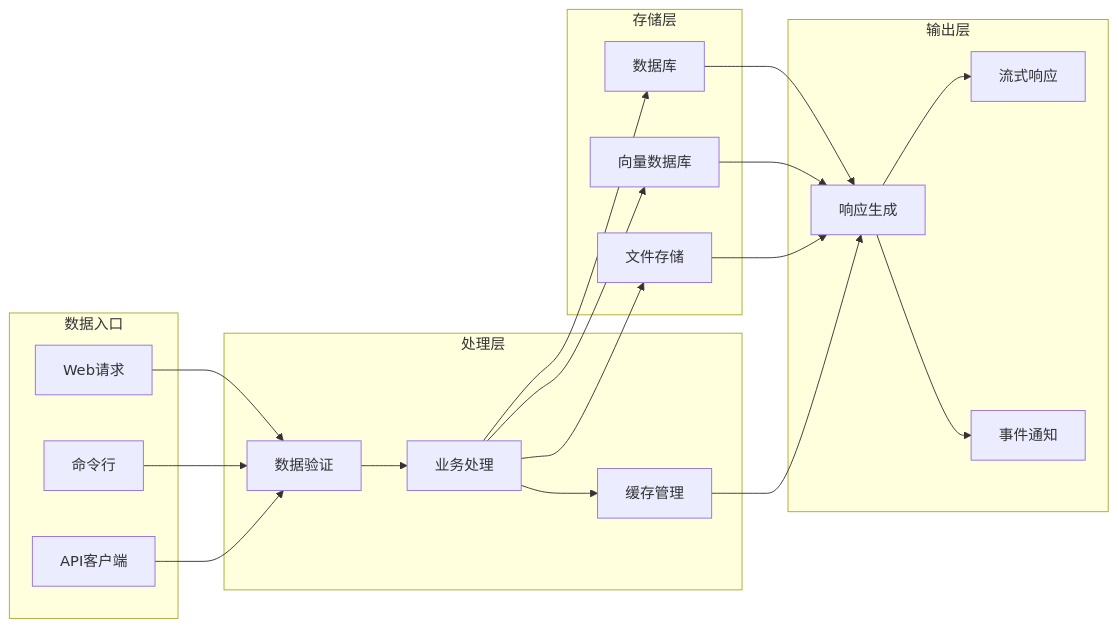
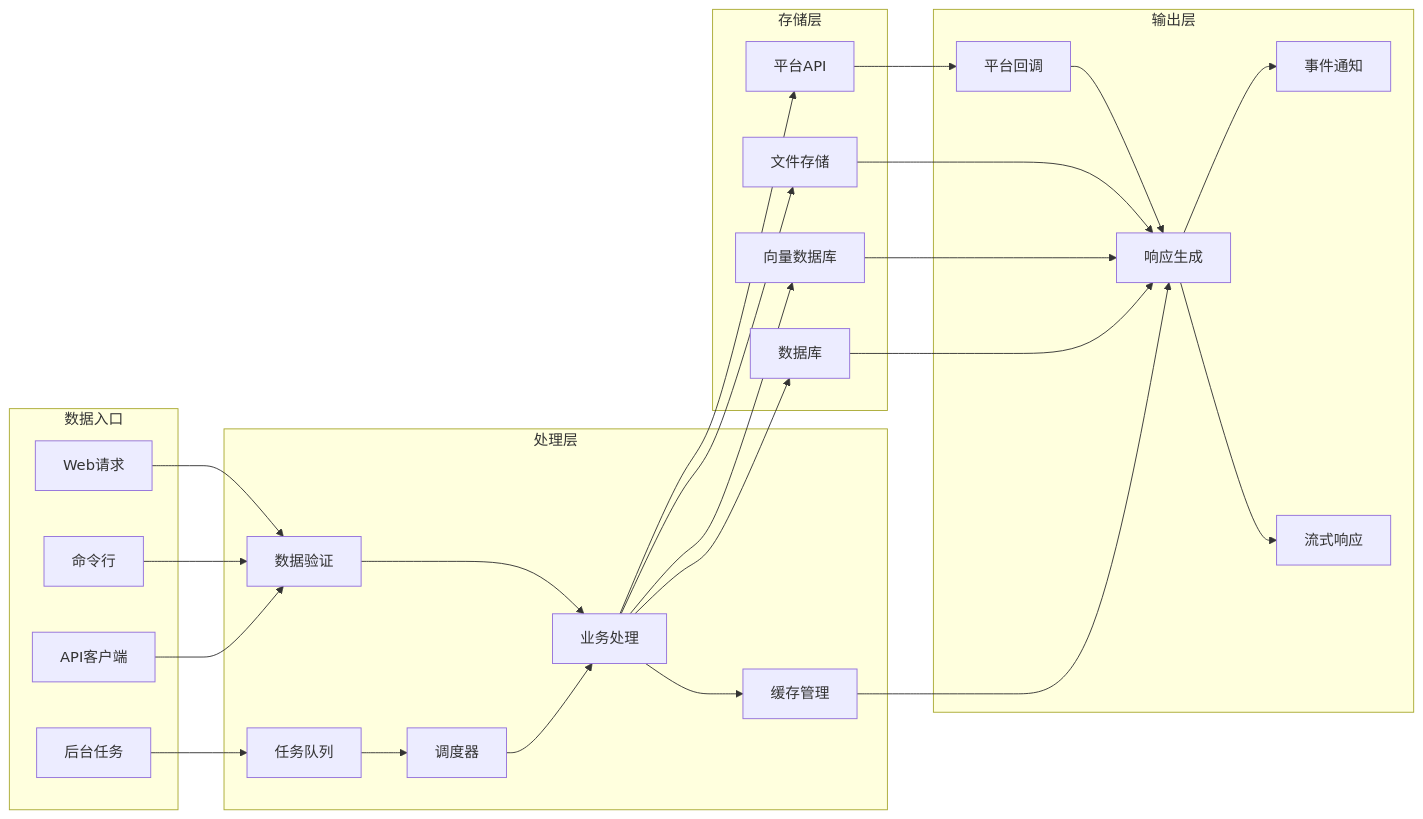
Diagram 15 of 17 in .qoder/repowiki/zh/content/API集成.md (jackeyunjie/open-notebook), drawn with Mermaid before and after one commit. The commit also changed other lines of this file and 51 other files, not shown here.

````diff
--- a/.qoder/repowiki/zh/content/API集成.md
+++ b/.qoder/repowiki/zh/content/API集成.md
@@ -381,37 +663,48 @@
 ```mermaid
 flowchart LR
 subgraph "数据入口"
 Web[Web请求]
 CLI[命令行]
 API[API客户端]
+Background[后台任务]
 end
 subgraph "处理层"
 Validation[数据验证]
 Processing[业务处理]
 Caching[缓存管理]
+Queue[任务队列]
+Scheduler[调度器]
 end
 subgraph "存储层"
 Database[数据库]
 VectorDB[向量数据库]
 FileStorage[文件存储]
+PlatformAPIs[平台API]
 end
 subgraph "输出层"
 Response[响应生成]
 Streaming[流式响应]
 Events[事件通知]
+PlatformCallbacks[平台回调]
 end
 Web --> Validation
 CLI --> Validation
 API --> Validation
+Background --> Queue
 Validation --> Processing
 Processing --> Caching
 Processing --> Database
 Processing --> VectorDB
 Processing --> FileStorage
+Processing --> PlatformAPIs
+Queue --> Scheduler
+Scheduler --> Processing
 Database --> Response
 VectorDB --> Response
 FileStorage --> Response
+PlatformAPIs --> PlatformCallbacks
 Caching --> Response
 Response --> Streaming
 Response --> Events
+PlatformCallbacks --> Response
 ```
````
